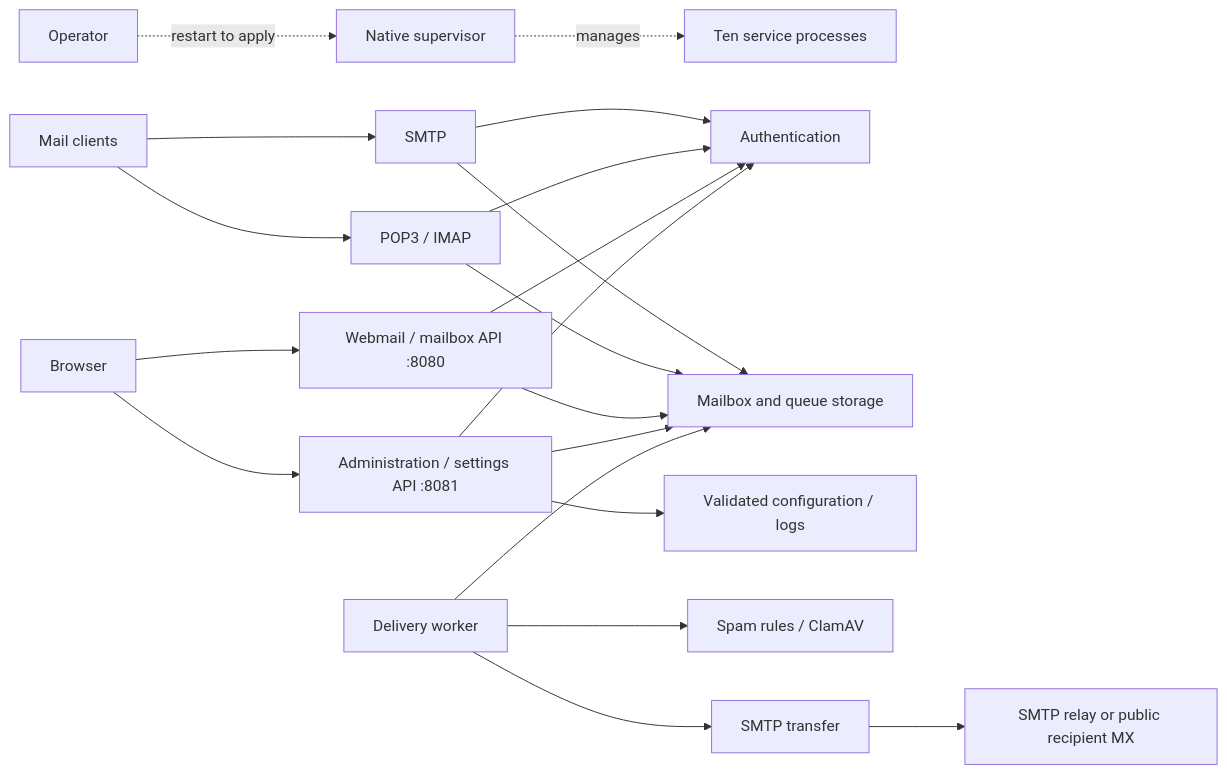
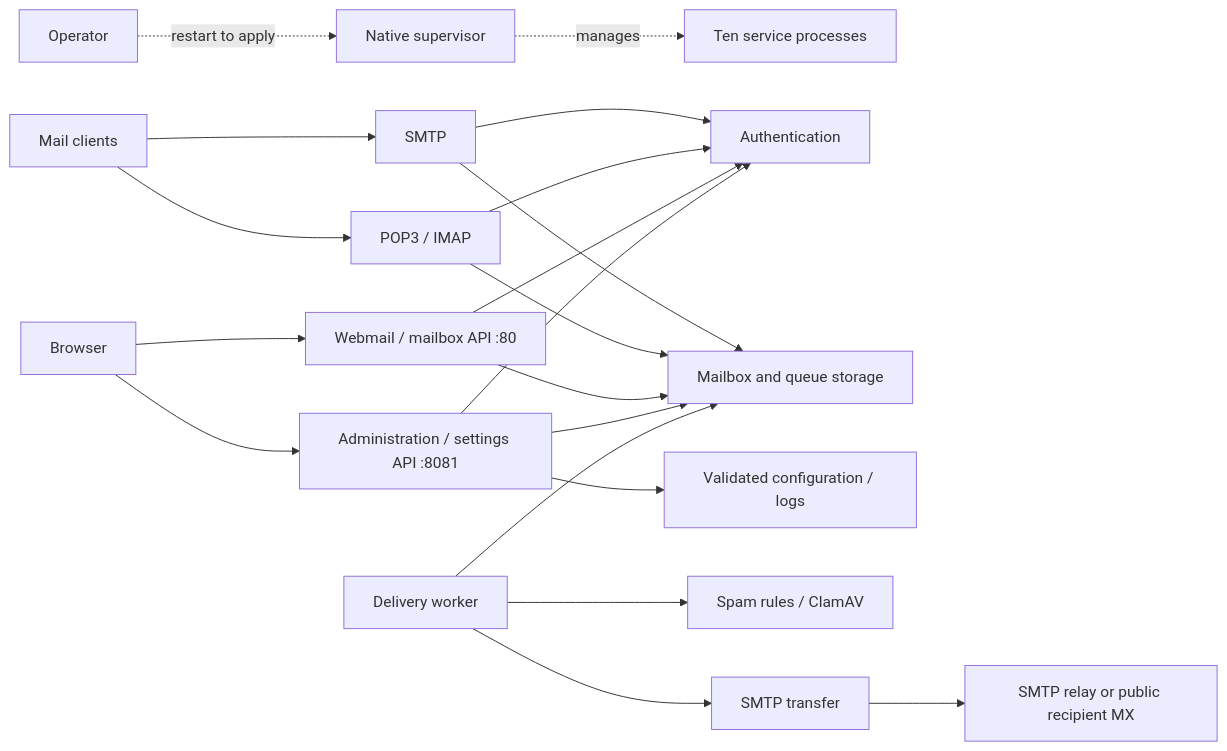
The diagram in docs/architecture.md (TabNahida/PostPlus), drawn with Mermaid before and after one commit. The commit also changed other lines of this file and 96 other files, not shown here.

````diff
--- a/docs/architecture.md
+++ b/docs/architecture.md
@@ -7,22 +7,22 @@
 ```mermaid
 flowchart LR
     Launcher[Native supervisor] -. manages .-> Services[Ten service processes]
     Clients[Mail clients] --> SMTP[SMTP]
     Clients --> Access[POP3 / IMAP]
-    Browser[Browser] --> Web[Webmail / mailbox API :8080]
+    Browser[Browser] --> Web[Webmail / mailbox API :80]
     Browser --> Admin[Administration / settings API :8081]
     SMTP --> Auth[Authentication]
     Access --> Auth
     Web --> Auth
     Admin --> Auth
     SMTP --> Storage[Mailbox and queue storage]
     Access --> Storage
     Web --> Storage
     Admin --> Storage
     Admin --> Config[Validated configuration / logs]
     Operator[Operator] -. restart to apply .-> Launcher
     Delivery[Delivery worker] --> Storage
     Delivery --> Filter[Spam rules / ClamAV]
     Delivery --> Transfer[SMTP transfer]
     Transfer --> Relay[SMTP relay or public recipient MX]
 ```
````
